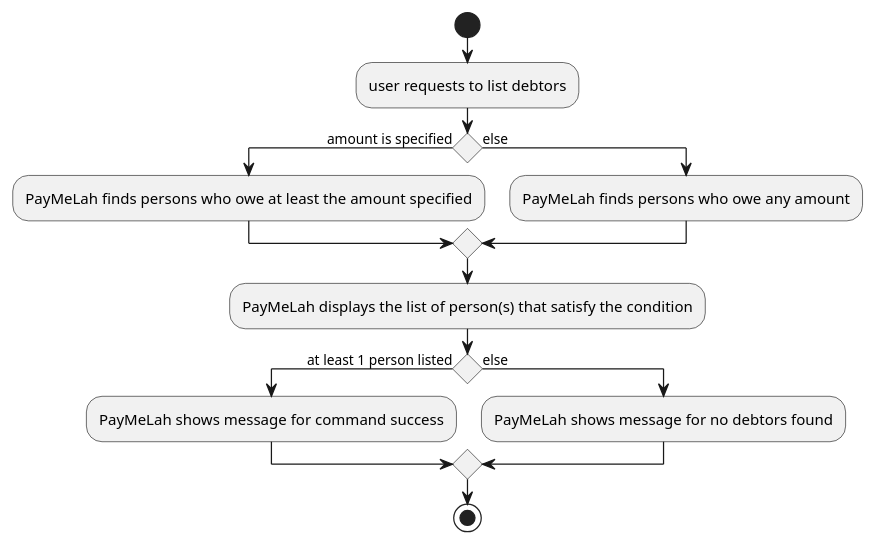
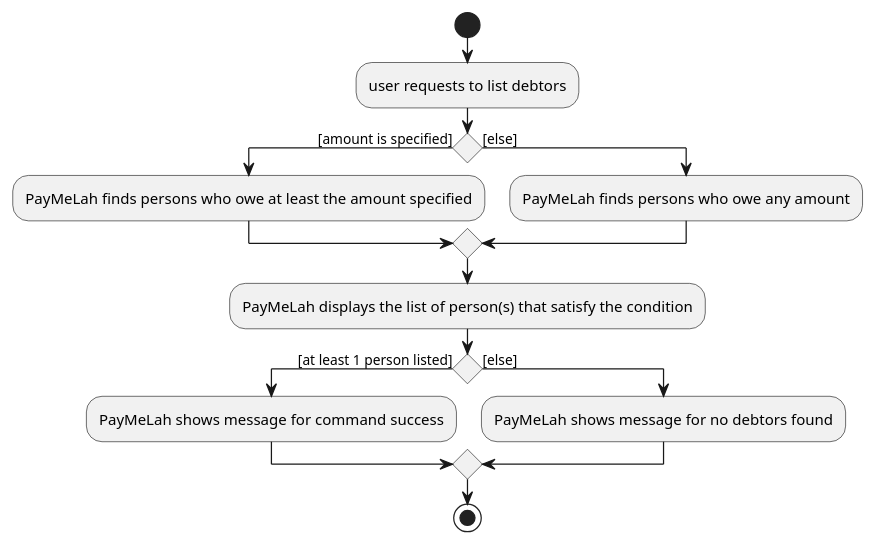
The diagram in docs/diagrams/ListDebtorsActivity.puml (nus-cs2103-AY2223S1/tp), drawn with PlantUML before and after one commit. The commit also changed 1 other file, not shown here.

Commit message:
Add square brackets for conditions in listdebtors activity diagram

```diff
--- a/docs/diagrams/ListDebtorsActivity.puml
+++ b/docs/diagrams/ListDebtorsActivity.puml
@@ -1,16 +1,16 @@
 @startuml
 start
 :user requests to list debtors;
-if () is (amount is specified) then
+if () is ([amount is specified]) then
 :PayMeLah finds persons who owe at least the amount specified;
-else (else)
+else ([else])
 :PayMeLah finds persons who owe any amount;
 endif
 :PayMeLah displays the list of person(s) that satisfy the condition;
-if () is (at least 1 person listed) then
+if () is ([at least 1 person listed]) then
 :PayMeLah shows message for command success;
-else (else)
+else ([else])
 :PayMeLah shows message for no debtors found;
 endif
 stop
 @enduml
```
